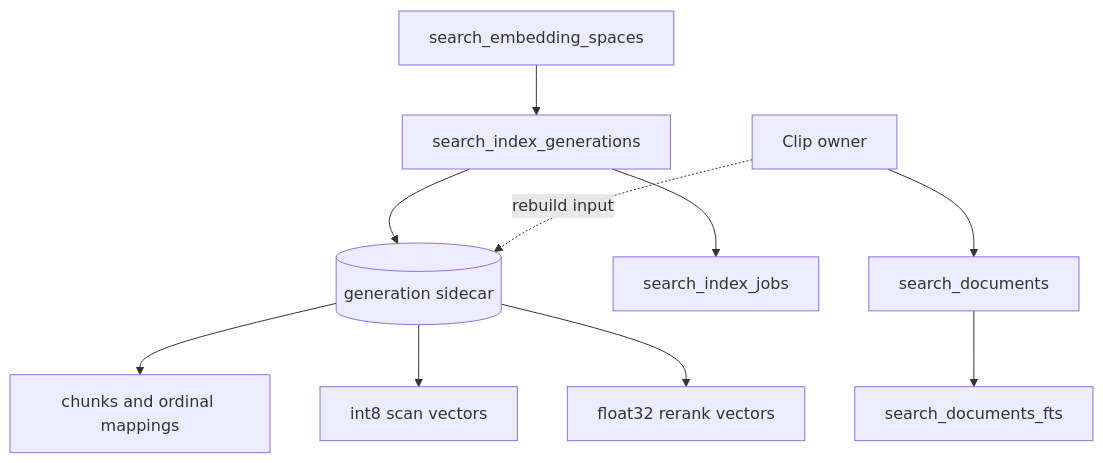
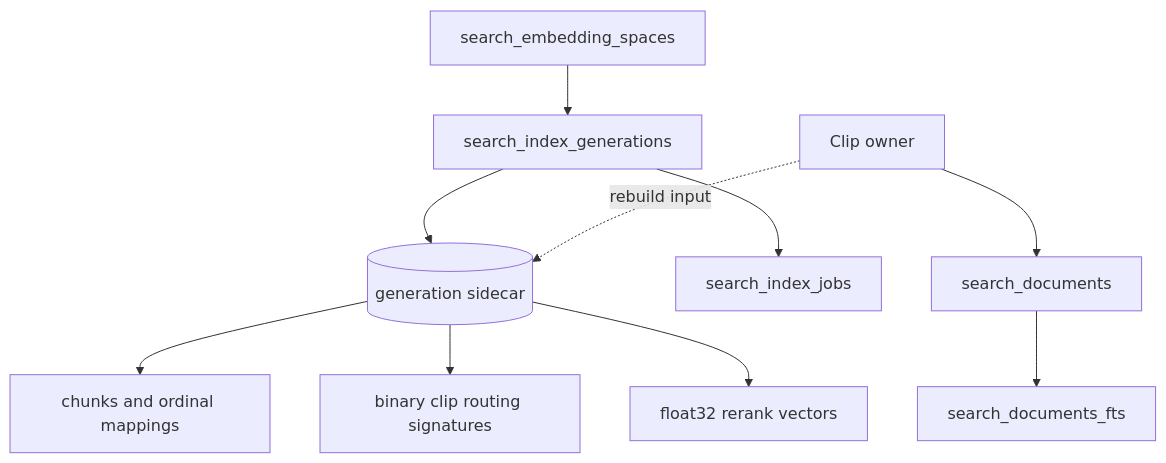
Before and after one commit to azure06/clipsx: the seventh of 8 diagrams in docs/MODELS.md, drawn with Mermaid. The commit also changed other lines of this file and 5 other files, not shown here.

Commit message:
perf(search): qualify binary clip routing

````diff
--- a/docs/MODELS.md
+++ b/docs/MODELS.md
@@ -158,12 +158,12 @@
 ```mermaid
 flowchart TB
     C[Clip owner] --> D[search_documents]
     D --> F[search_documents_fts]
     S[search_embedding_spaces] --> G[search_index_generations]
     G --> J[search_index_jobs]
     G --> X[(generation sidecar)]
     C -. rebuild input .-> X
     X --> H[chunks and ordinal mappings]
-    X --> Q[int8 scan vectors]
+    X --> Q[binary clip routing signatures]
     X --> V[float32 rerank vectors]
 ```
````
